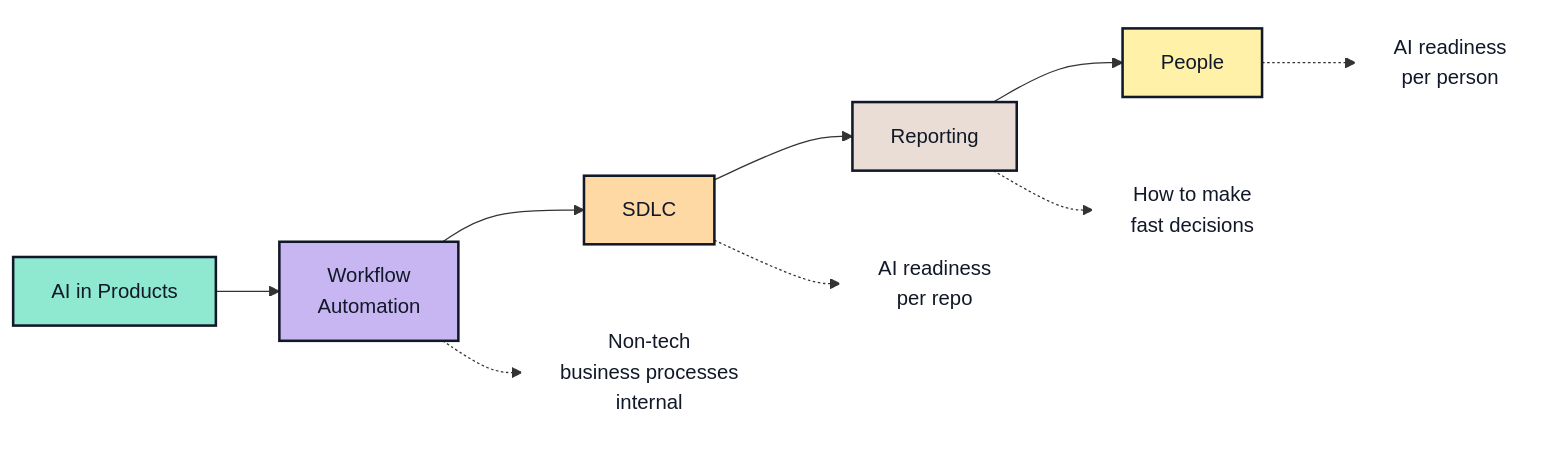
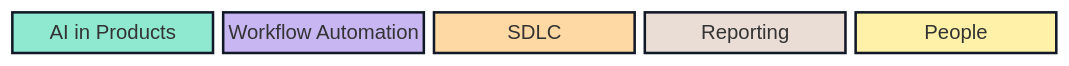
Before and after one commit to mrzmyr/ai-transformation: the diagram in README.md, drawn with Mermaid. The commit also changed other lines of this file and 9 other files, not shown here.

````diff
--- a/README.md
+++ b/README.md
@@ -5,22 +5,21 @@
 ```mermaid
-flowchart LR
-    products["AI in Products"]:::products
-    workflow["Workflow<br/>Automation"]:::workflow
-    sdlc["SDLC"]:::sdlc
-    reporting["Reporting"]:::reporting
-    people["People"]:::people
+block
+    columns 5
+    products["AI in Products"]
+    workflow["Workflow Automation"]
+    sdlc["SDLC"]
+    reporting["Reporting"]
+    people["People"]
 
-    products --> workflow --> sdlc --> reporting --> people
+    classDef productsClass fill:#8FE8D0,stroke:#111827,stroke-width:2px,color:#111827;
+    classDef workflowClass fill:#C8B6F3,stroke:#111827,stroke-width:2px,color:#111827;
+    classDef sdlcClass fill:#FFD9A3,stroke:#111827,stroke-width:2px,color:#111827;
+    classDef reportingClass fill:#E9DDD5,stroke:#111827,stroke-width:2px,color:#111827;
+    classDef peopleClass fill:#FFF1A8,stroke:#111827,stroke-width:2px,color:#111827;
 
-    workflow -.-> workflow_note["Non-tech<br/>business processes<br/>internal"]:::note
-    sdlc -.-> sdlc_note["AI readiness<br/>per repo"]:::note
-    reporting -.-> reporting_note["How to make<br/>fast decisions"]:::note
-    people -.-> people_note["AI readiness<br/>per person"]:::note
-
-    classDef products fill:#8FE8D0,stroke:#111827,stroke-width:2px,color:#111827;
-    classDef workflow fill:#C8B6F3,stroke:#111827,stroke-width:2px,color:#111827;
-    classDef sdlc fill:#FFD9A3,stroke:#111827,stroke-width:2px,color:#111827;
-    classDef reporting fill:#E9DDD5,stroke:#111827,stroke-width:2px,color:#111827;
-    classDef people fill:#FFF1A8,stroke:#111827,stroke-width:2px,color:#111827;
-    classDef note fill:#FFFFFF,stroke:#FFFFFF,color:#111827;
+    class products productsClass
+    class workflow workflowClass
+    class sdlc sdlcClass
+    class reporting reportingClass
+    class people peopleClass
 ```
````
